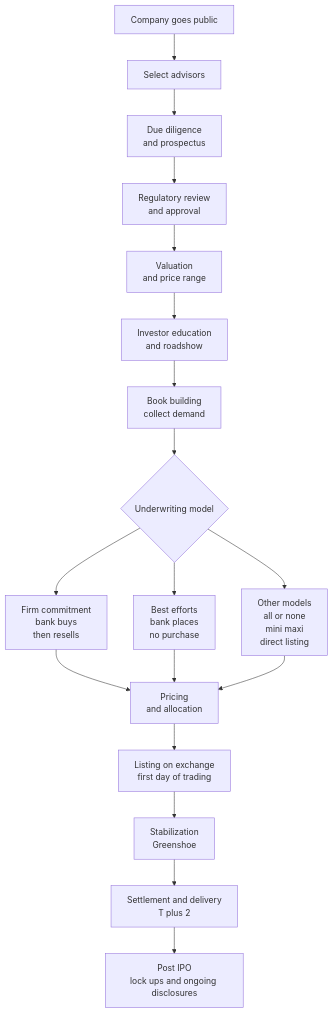
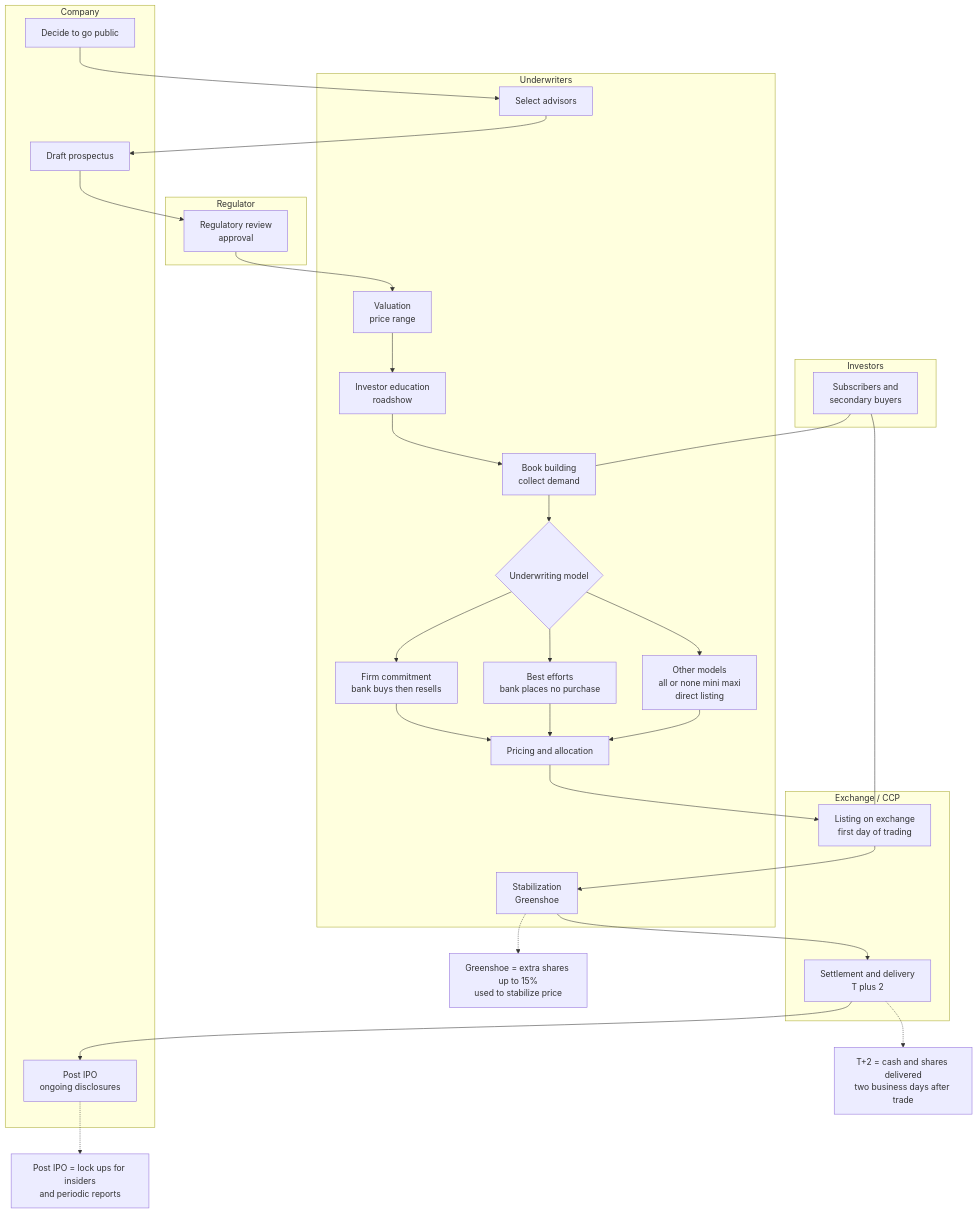
Before and after one commit to CheickPaul/Finance-Python-Learning-Portfolio: the diagram in epat--quantinsti/modules/m01_epat_primer/primer02_stock_market_basics/ipo_process.md, drawn with Mermaid.

````diff
--- a/epat--quantinsti/modules/m01_epat_primer/primer02_stock_market_basics/ipo_process.md
+++ b/epat--quantinsti/modules/m01_epat_primer/primer02_stock_market_basics/ipo_process.md
@@ -1,22 +1,54 @@
 ```mermaid
 flowchart TD
-  A[Company goes public] --> B[Select advisors]
-  B --> C[Due diligence<br/>and prospectus]
-  C --> D[Regulatory review<br/>and approval]
-  D --> E[Valuation<br/>and price range]
-  E --> F[Investor education<br/>and roadshow]
-  F --> G[Book building<br/>collect demand]
-  G --> H{Underwriting model}
 
-  H --> H1["Firm commitment<br/>bank buys<br/>then resells"]
-  H --> H2["Best efforts<br/>bank places<br/>no purchase"]
-  H --> H3["Other models<br/>all or none<br/>mini maxi<br/>direct listing"]
+%% --- Swimlanes / actors ---
+subgraph A1[Company]
+  A[Decide to go public]
+  C[Draft prospectus]
+  M[Post IPO<br/>ongoing disclosures]
+end
 
-  H1 --> I[Pricing<br/>and allocation]
-  H2 --> I
-  H3 --> I
-  I --> J[Listing on exchange<br/>first day of trading]
-  J --> K[Stabilization<br/>Greenshoe]
-  K --> L[Settlement and delivery<br/>T plus 2]
-  L --> M[Post IPO<br/>lock ups and ongoing disclosures]
+subgraph A2[Underwriters]
+  B[Select advisors]
+  E[Valuation<br/>price range]
+  F[Investor education<br/>roadshow]
+  G[Book building<br/>collect demand]
+  H{Underwriting model}
+  H1[Firm commitment<br/>bank buys then resells]
+  H2[Best efforts<br/>bank places no purchase]
+  H3[Other models<br/>all or none mini maxi<br/>direct listing]
+  I[Pricing and allocation]
+  K[Stabilization<br/>Greenshoe]
+end
+
+subgraph A3[Regulator]
+  D[Regulatory review<br/>approval]
+end
+
+subgraph A4[Exchange / CCP]
+  J[Listing on exchange<br/>first day of trading]
+  L[Settlement and delivery<br/>T plus 2]
+end
+
+subgraph A5[Investors]
+  Z[Subscribers and<br/>secondary buyers]
+end
+
+%% --- Main flow ---
+A --> B --> C --> D --> E --> F --> G --> H
+H --> H1 --> I
+H --> H2 --> I
+H --> H3 --> I
+I --> J --> K --> L --> M
+Z --- G
+Z --- J
+
+%% --- Short callouts ---
+Kx[Greenshoe = extra shares up to 15%<br/>used to stabilize price]
+Lx[T+2 = cash and shares delivered<br/>two business days after trade]
+Mx[Post IPO = lock ups for insiders<br/>and periodic reports]
+K -.-> Kx
+L -.-> Lx
+M -.-> Mx
+
 ```
````
